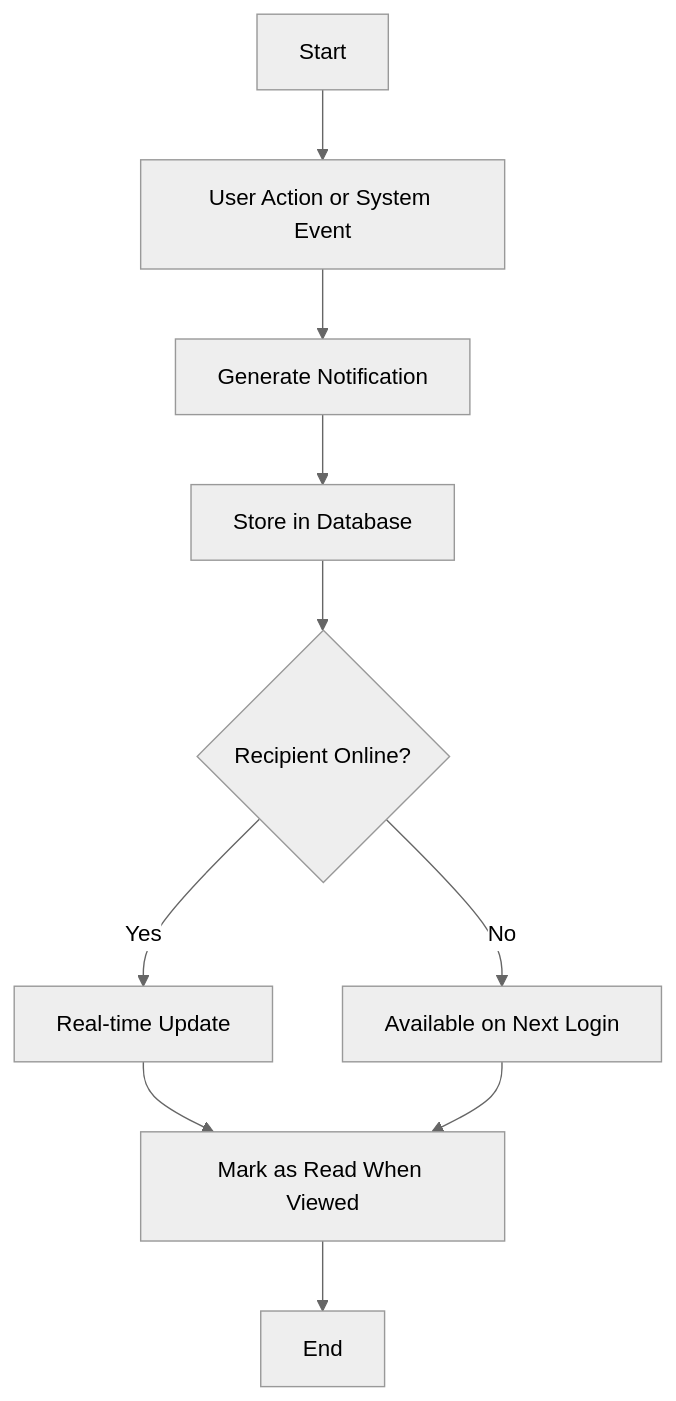
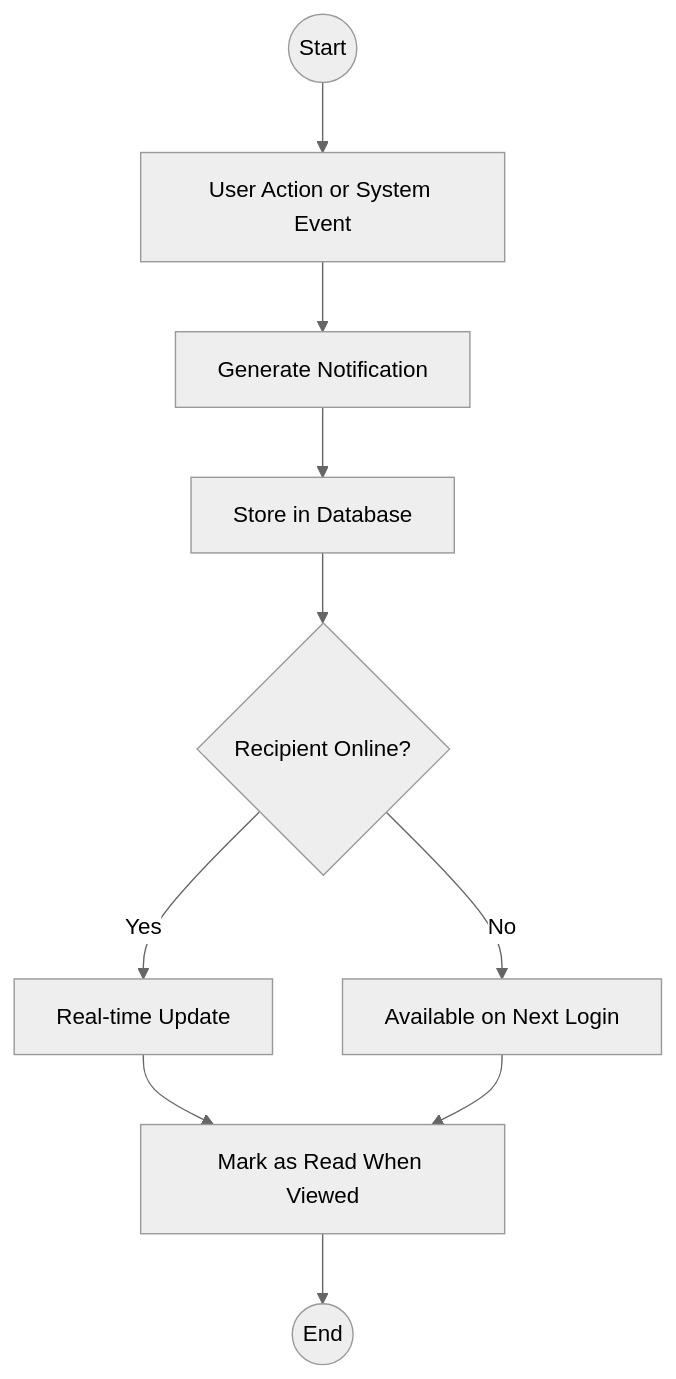
One commit to Princeobeten/waste-information-management-system- changed the sixth of 6 diagrams in CHAPTER_4_5_DOCUMENTATION.md. Above: the diagram before and after it, drawn with Mermaid (neutral theme). The commit also changed other lines of this file and 6 other files, not shown here.

````diff
--- a/CHAPTER_4_5_DOCUMENTATION.md
+++ b/CHAPTER_4_5_DOCUMENTATION.md
@@ -372,12 +380,12 @@
 ```mermaid
 flowchart TD
-    A[Start] --> B[User Action or System Event]
+    A((Start)) --> B[User Action or System Event]
     B --> C[Generate Notification]
     C --> D[Store in Database]
     D --> E{Recipient Online?}
     E -->|Yes| F[Real-time Update]
     E -->|No| G[Available on Next Login]
     F --> H[Mark as Read When Viewed]
     G --> H
-    H --> I[End]
+    H --> I((End))
 ```
````
